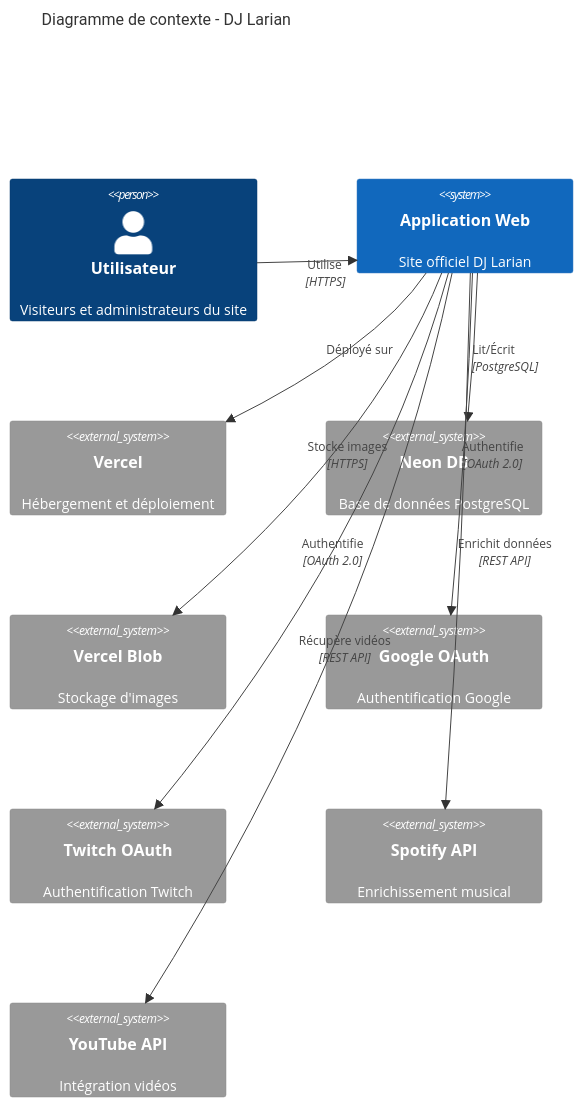
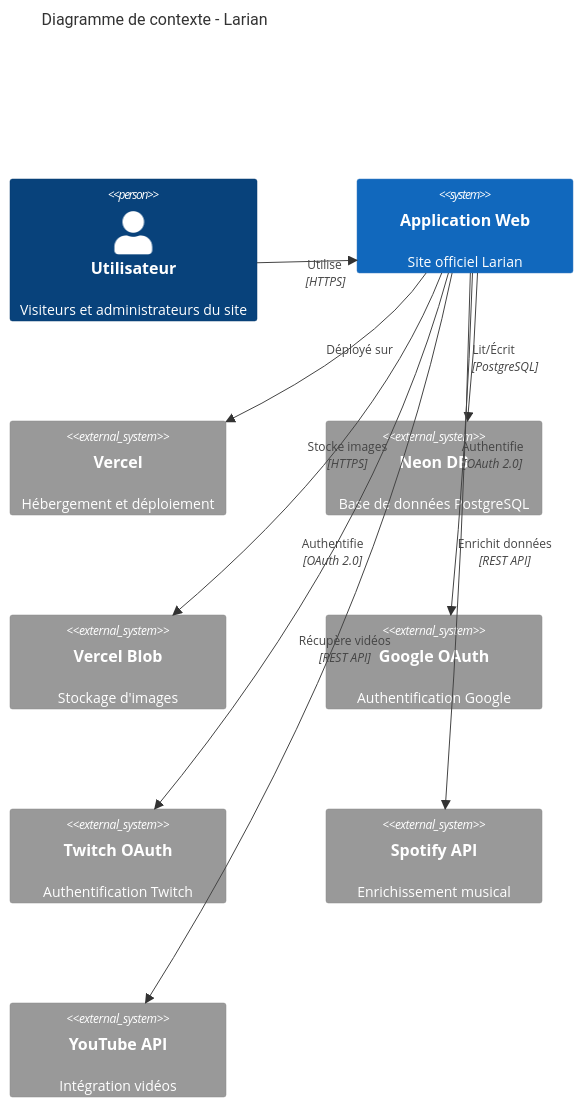
Before and after one commit to Jujulu67/djlarian-react: the first of 4 diagrams in docs/01-ARCHITECTURE.md, drawn with Mermaid. The commit also changed other lines of this file and 62 other files, not shown here.

````diff
--- a/docs/01-ARCHITECTURE.md
+++ b/docs/01-ARCHITECTURE.md
@@ -9,23 +9,23 @@
 ```mermaid
 C4Context
-    title Diagramme de contexte - DJ Larian
+    title Diagramme de contexte - Larian
 
     Person(user, "Utilisateur", "Visiteurs et administrateurs du site")
-    System(webapp, "Application Web", "Site officiel DJ Larian")
+    System(webapp, "Application Web", "Site officiel Larian")
     System_Ext(vercel, "Vercel", "Hébergement et déploiement")
     System_Ext(neon, "Neon DB", "Base de données PostgreSQL")
     System_Ext(blob, "Vercel Blob", "Stockage d'images")
     System_Ext(google, "Google OAuth", "Authentification Google")
     System_Ext(twitch, "Twitch OAuth", "Authentification Twitch")
     System_Ext(spotify, "Spotify API", "Enrichissement musical")
     System_Ext(youtube, "YouTube API", "Intégration vidéos")
 
     Rel(user, webapp, "Utilise", "HTTPS")
     Rel(webapp, vercel, "Déployé sur")
     Rel(webapp, neon, "Lit/Écrit", "PostgreSQL")
     Rel(webapp, blob, "Stocke images", "HTTPS")
     Rel(webapp, google, "Authentifie", "OAuth 2.0")
     Rel(webapp, twitch, "Authentifie", "OAuth 2.0")
     Rel(webapp, spotify, "Enrichit données", "REST API")
     Rel(webapp, youtube, "Récupère vidéos", "REST API")
 ```
````
